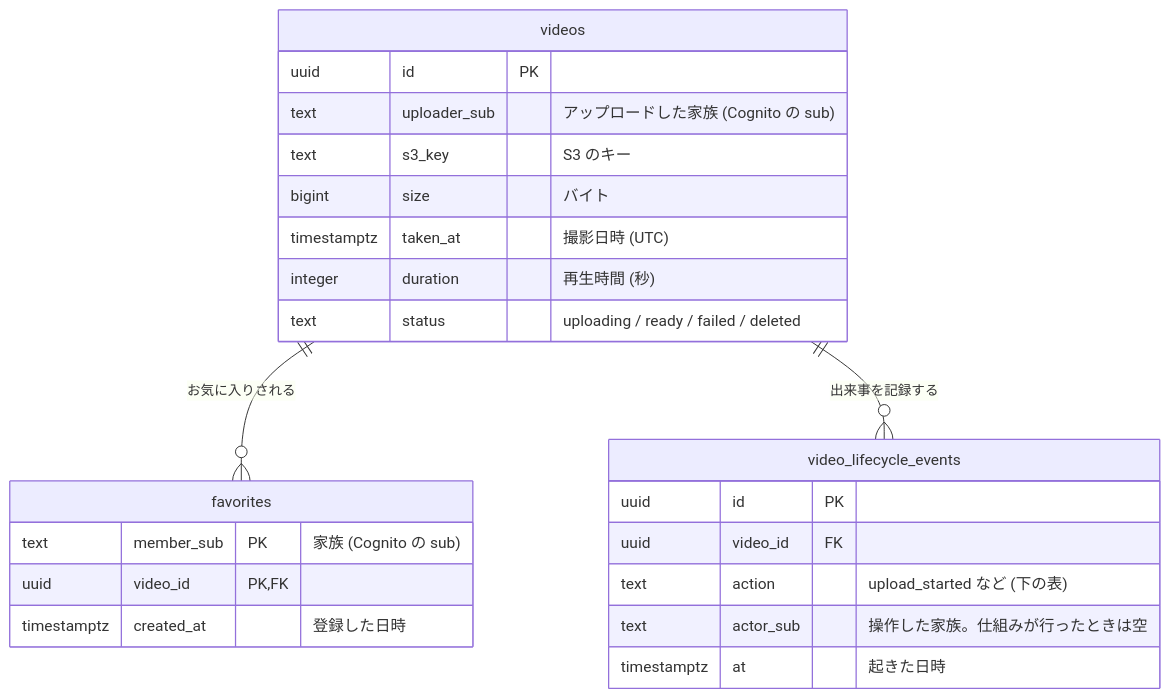
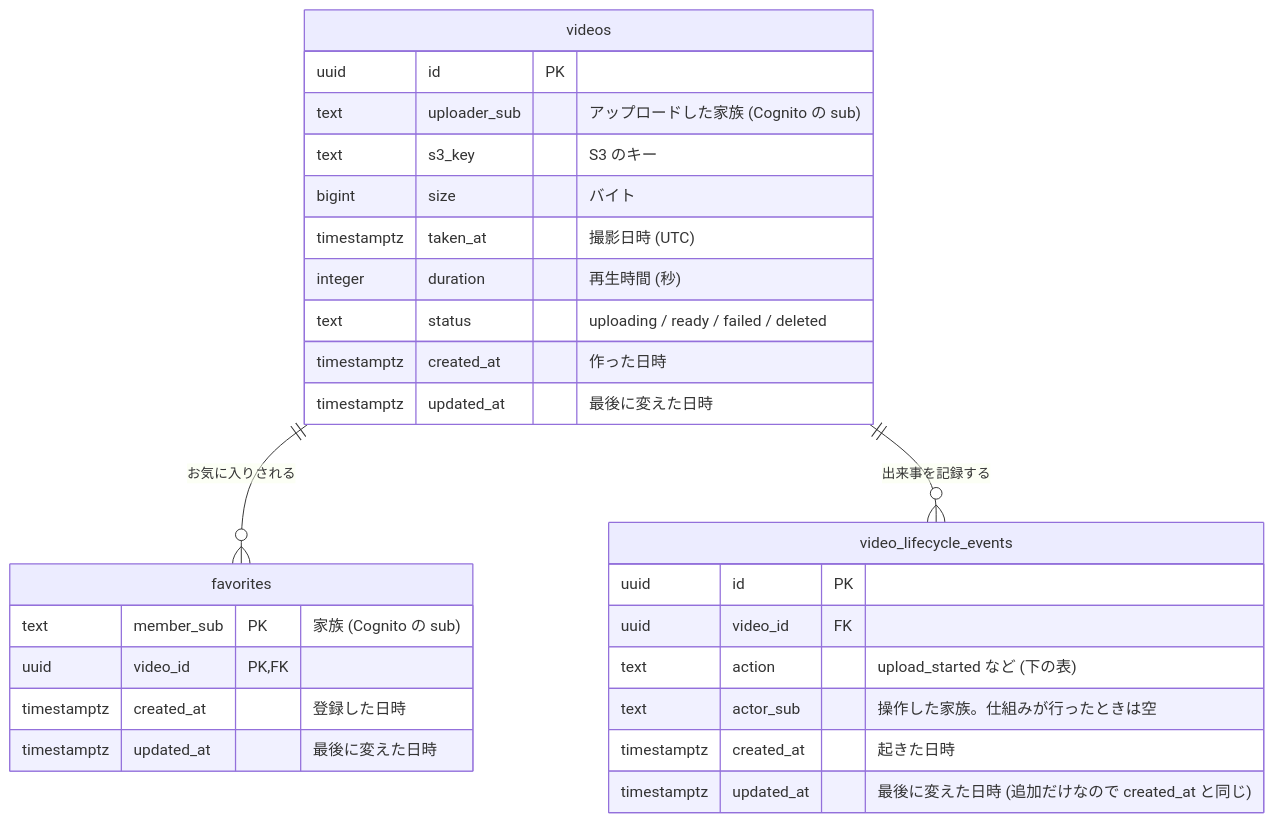
Before and after one commit to Inouey1008/family-video: the first of 2 diagrams in docs/specs/data.md, drawn with Mermaid. The commit also changed other lines of this file, not shown here.

Commit message:
docs: すべてのテーブルに created_at と updated_at を持たせる

````diff
--- a/docs/specs/data.md
+++ b/docs/specs/data.md
@@ -9,26 +9,30 @@
 ```mermaid
 erDiagram
   videos ||--o{ favorites : "お気に入りされる"
   videos ||--o{ video_lifecycle_events : "出来事を記録する"
   videos {
     uuid id PK
     text uploader_sub "アップロードした家族 (Cognito の sub)"
     text s3_key "S3 のキー"
     bigint size "バイト"
     timestamptz taken_at "撮影日時 (UTC)"
     integer duration "再生時間 (秒)"
     text status "uploading / ready / failed / deleted"
+    timestamptz created_at "作った日時"
+    timestamptz updated_at "最後に変えた日時"
   }
   favorites {
     text member_sub PK "家族 (Cognito の sub)"
     uuid video_id PK, FK
     timestamptz created_at "登録した日時"
+    timestamptz updated_at "最後に変えた日時"
   }
   video_lifecycle_events {
     uuid id PK
     uuid video_id FK
     text action "upload_started など (下の表)"
     text actor_sub "操作した家族。仕組みが行ったときは空"
-    timestamptz at "起きた日時"
+    timestamptz created_at "起きた日時"
+    timestamptz updated_at "最後に変えた日時 (追加だけなので created_at と同じ)"
   }
 ```
````
